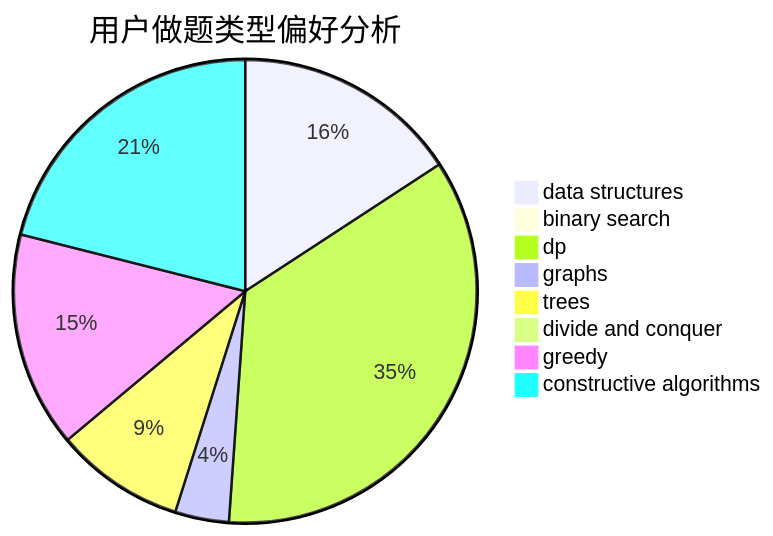
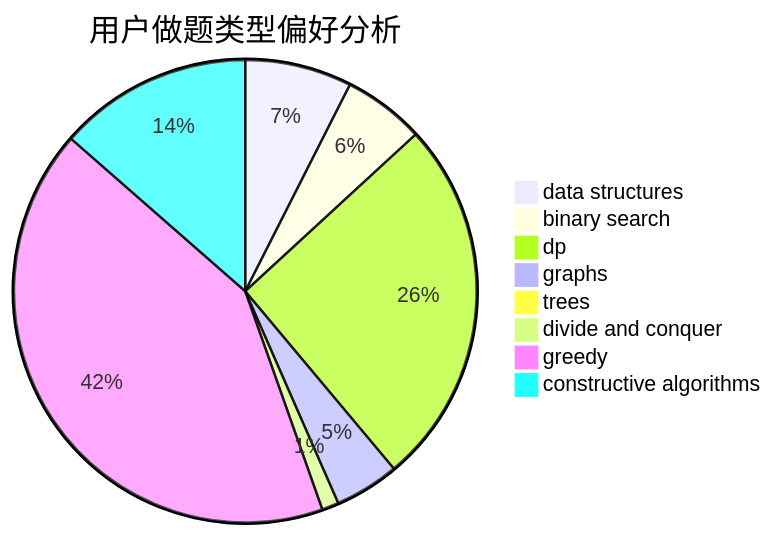
One commit to sherpahu/cfrs.github.io changed the second of 3 diagrams in docs/user/u1902.md. Above: the diagram before and after it, drawn with Mermaid. The commit also changed other lines of this file and 2770 other files, not shown here.

````diff
--- a/docs/user/u1902.md
+++ b/docs/user/u1902.md
@@ -23,11 +23,11 @@
 ```mermaid
 pie title 用户做题类型偏好分析
-    "data structures" :  21
-    "binary search" :  0
-    "dp" :  47
-    "graphs" :  5
-    "trees" :  12
-    "divide and conquer" :  0
-    "greedy" :  20
-    "constructive algorithms" :  28
+    "data structures" :  38
+    "binary search" :  29
+    "dp" :  131
+    "graphs" :  23
+    "trees" :  0
+    "divide and conquer" :  6
+    "greedy" :  213
+    "constructive algorithms" :  69
 ```
````
